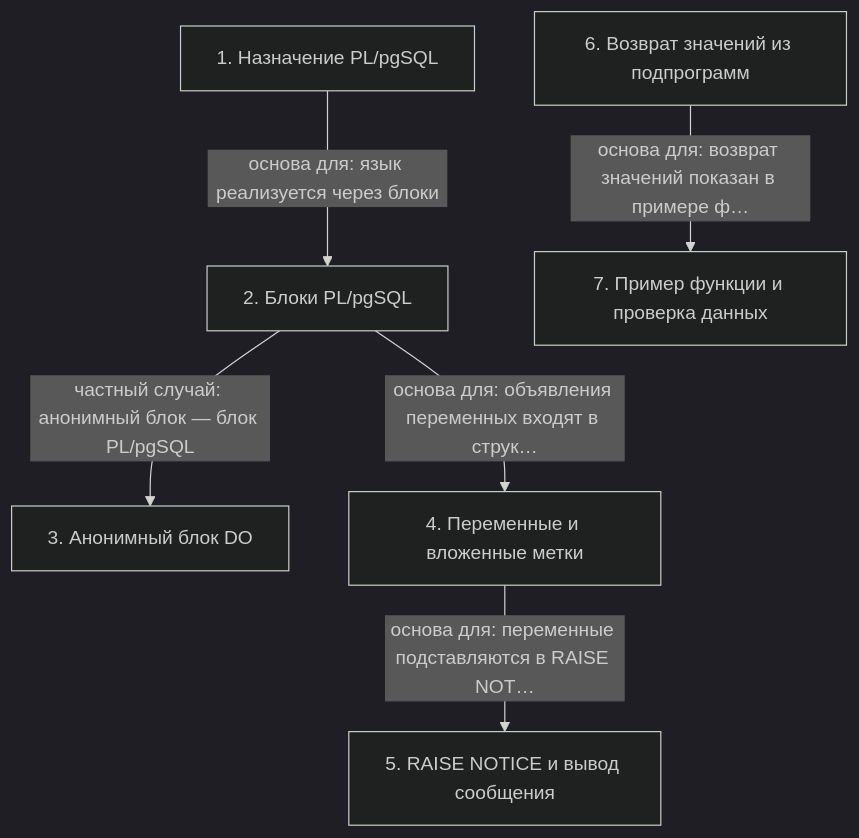
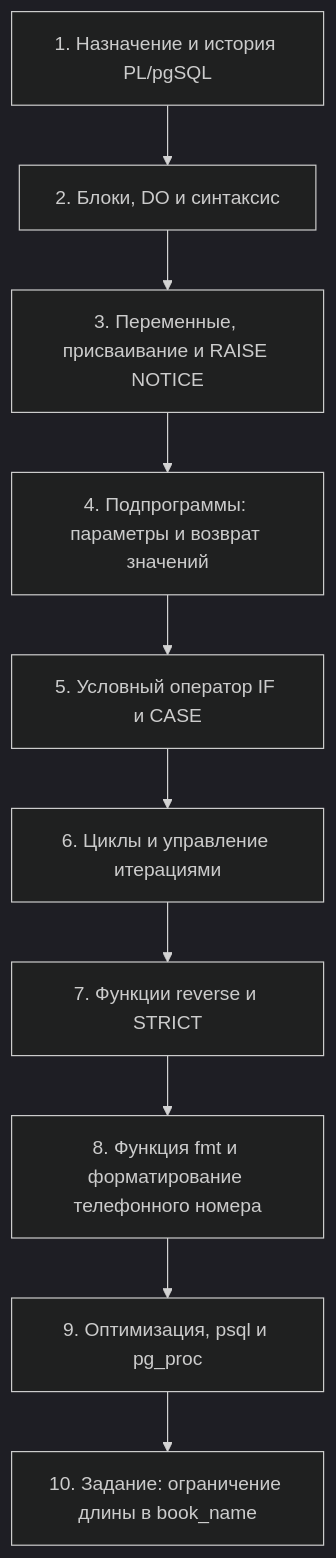
One commit to AsoloCode/notes changed the diagram in postgres-dev1/12 - DEV1-16. 11. Обзор и конструкции языка/notes.md. Above: the diagram before and after it, drawn with Mermaid (dark theme). The commit also changed other lines of this file and 503 other files, not shown here.

First line of the commit message:
Обновить конспекты PostgreSQL (QPT-16, DEV1-16): слайды, схемы, факт-чек

````diff
--- a/postgres-dev1/12 - DEV1-16. 11. Обзор и конструкции языка/notes.md
+++ b/postgres-dev1/12 - DEV1-16. 11. Обзор и конструкции языка/notes.md
@@ -163,15 +370,22 @@
 ```mermaid
 flowchart TD
-    n1["1. Назначение PL/pgSQL"]
-    n2["2. Блоки PL/pgSQL"]
-    n3["3. Анонимный блок DO"]
-    n4["4. Переменные и вложенные метки"]
-    n5["5. RAISE NOTICE и вывод сообщения"]
-    n6["6. Возврат значений из подпрограмм"]
-    n7["7. Пример функции и проверка данных"]
-    n1 -->|основа для: язык реализуется через блоки| n2
-    n2 -->|частный случай: анонимный блок — блок PL/pgSQL| n3
-    n2 -->|основа для: объявления переменных входят в струк…| n4
-    n4 -->|основа для: переменные подставляются в RAISE NOT…| n5
-    n6 -->|основа для: возврат значений показан в примере ф…| n7
+    n1["1. Назначение и история PL/pgSQL"]
+    n2["2. Блоки, DO и синтаксис"]
+    n3["3. Переменные, присваивание и RAISE NOTICE"]
+    n4["4. Подпрограммы: параметры и возврат значений"]
+    n5["5. Условный оператор IF и CASE"]
+    n6["6. Циклы и управление итерациями"]
+    n7["7. Функции reverse и STRICT"]
+    n8["8. Функция fmt и форматирование телефонного номера"]
+    n9["9. Оптимизация, psql и pg_proc"]
+    n10["10. Задание: ограничение длины в book_name"]
+    n1 --> n2
+    n2 --> n3
+    n3 --> n4
+    n4 --> n5
+    n5 --> n6
+    n6 --> n7
+    n7 --> n8
+    n8 --> n9
+    n9 --> n10
 ```
````
